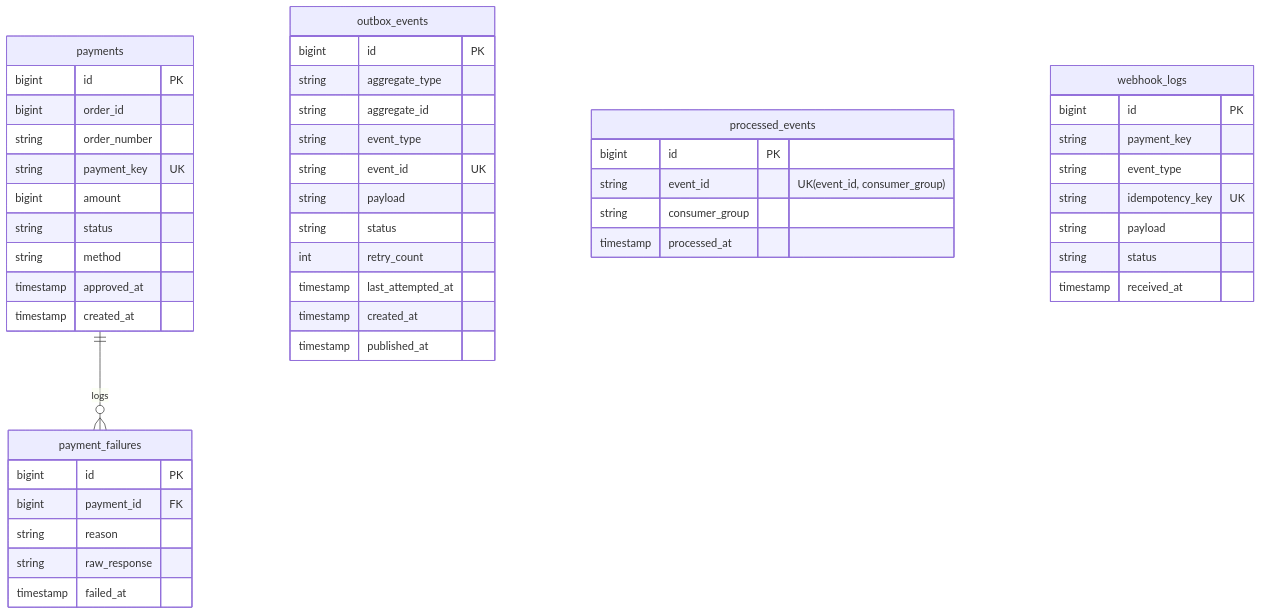
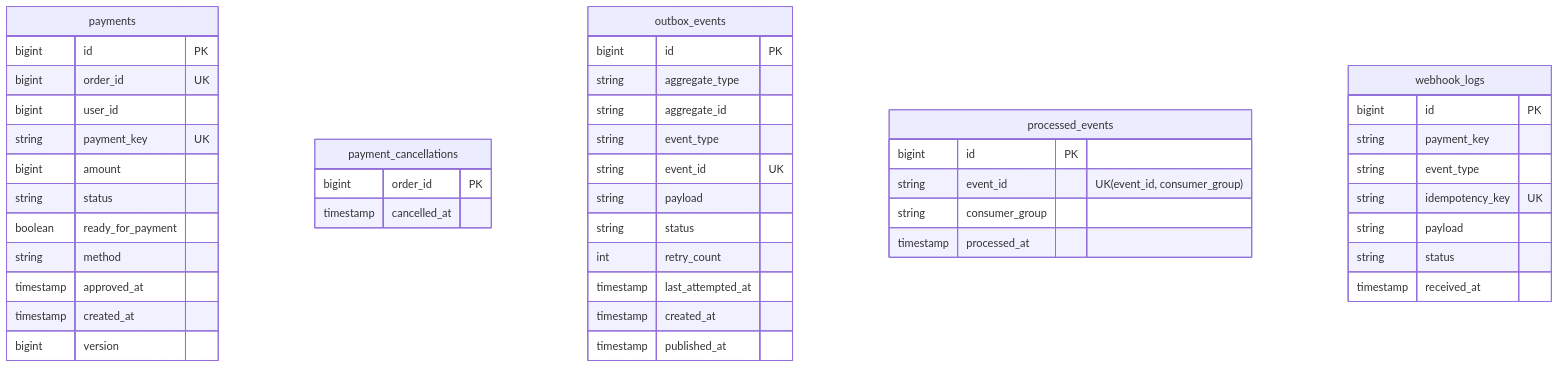
One commit to Kimgyuilli/PeekCart changed the sixth of 7 diagrams in docs/05-data-design.md. Above: the diagram before and after it, drawn with Mermaid. The commit also changed other lines of this file and 3 other files, not shown here.

````diff
--- a/docs/05-data-design.md
+++ b/docs/05-data-design.md
@@ -315,50 +360,48 @@
 ```mermaid
 erDiagram
   payments {
     bigint id PK
-    bigint order_id
-    string order_number
+    bigint order_id UK
+    bigint user_id
     string payment_key UK
     bigint amount
     string status
+    boolean ready_for_payment
     string method
     timestamp approved_at
     timestamp created_at
+    bigint version
   }
-  payment_failures {
-    bigint id PK
-    bigint payment_id FK
-    string reason
-    string raw_response
-    timestamp failed_at
+  payment_cancellations {
+    bigint order_id PK
+    timestamp cancelled_at
   }
   outbox_events {
     bigint id PK
     string aggregate_type
     string aggregate_id
     string event_type
     string event_id UK
     string payload
     string status
     int retry_count
     timestamp last_attempted_at
     timestamp created_at
     timestamp published_at
   }
   processed_events {
     bigint id PK
     string event_id "UK(event_id, consumer_group)"
     string consumer_group
     timestamp processed_at
   }
   webhook_logs {
     bigint id PK
     string payment_key
     string event_type
     string idempotency_key UK
     string payload
     string status
     timestamp received_at
   }
-  payments ||--o{ payment_failures : logs
 ```
````
